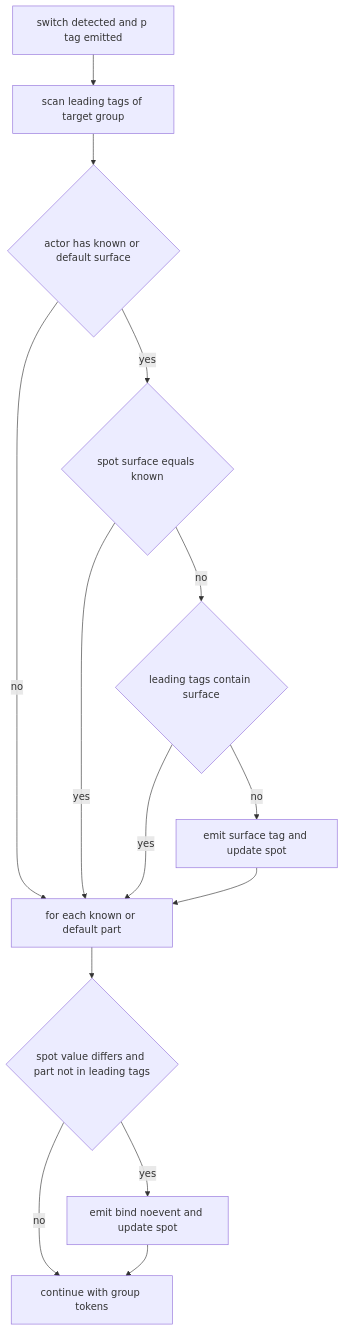
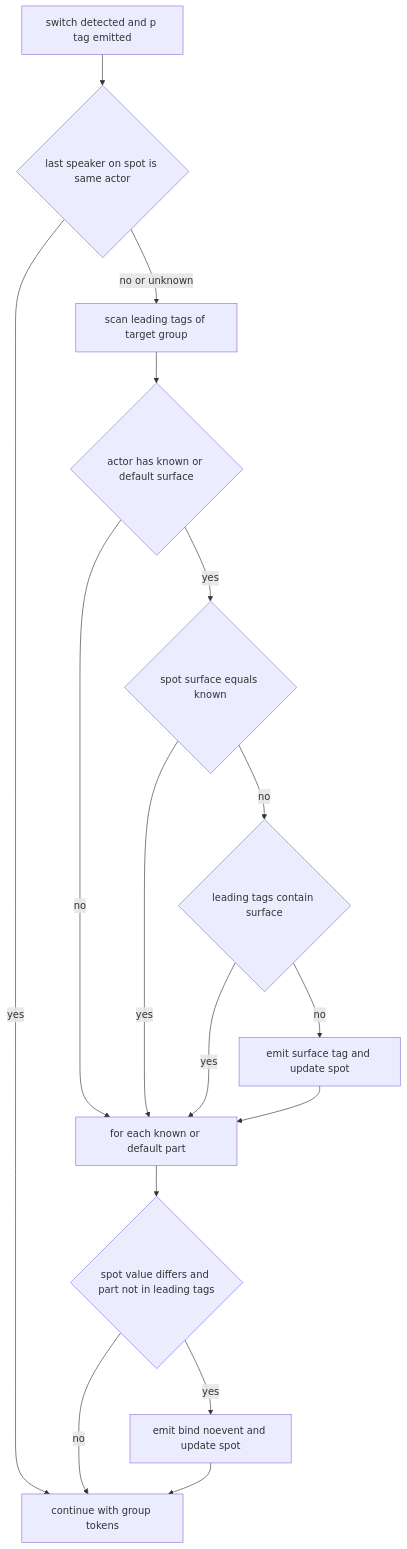
One commit to ekicyou/pasta changed the second of 2 diagrams in .kiro/specs/actor-surface-restore/design.md. Above: the diagram before and after it, drawn with Mermaid. The commit also changed other lines of this file and 1 other file, not shown here.

Commit message:
docs(actor-surface-restore): resolve design discussion #1 - restore only on actor handover per spot

````diff
--- a/.kiro/specs/actor-surface-restore/design.md
+++ b/.kiro/specs/actor-surface-restore/design.md
@@ -123,16 +123,18 @@
 ```mermaid
 flowchart TD
-    Start[switch detected and p tag emitted] --> Lead[scan leading tags of target group]
+    Start[switch detected and p tag emitted] --> Owner{last speaker on spot is same actor}
+    Owner -- yes --> Done
+    Owner -- no or unknown --> Lead[scan leading tags of target group]
     Lead --> KnownS{actor has known or default surface}
     KnownS -- no --> Bind
     KnownS -- yes --> SameS{spot surface equals known}
     SameS -- yes --> Bind
     SameS -- no --> LeadS{leading tags contain surface}
     LeadS -- yes --> Bind
     LeadS -- no --> EmitS[emit surface tag and update spot]
     EmitS --> Bind[for each known or default part]
     Bind --> DiffB{spot value differs and part not in leading tags}
     DiffB -- yes --> EmitB[emit bind noevent and update spot]
     DiffB -- no --> Done[continue with group tokens]
     EmitB --> Done
 ```
````
